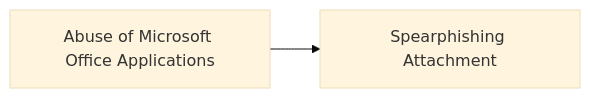
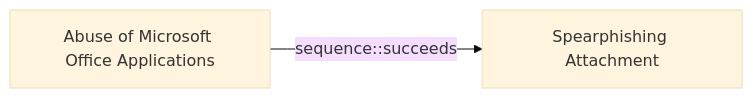
The diagram in docs/threats/abuse-of-microsoft-office-applications.md (opentidehq/library), drawn with Mermaid (base theme) before and after one commit. The commit also changed other lines of this file and 277 other files, not shown here.

````diff
--- a/docs/threats/abuse-of-microsoft-office-applications.md
+++ b/docs/threats/abuse-of-microsoft-office-applications.md
@@ -57,6 +98,6 @@
 ```mermaid
 flowchart LR
 b663b684_a80f_4570_89b6_2f7faa16fece["Abuse of Microsoft Office Applications"]
 dd5d942c_bac4_4000_b9a6_ca4fef6cfb84["Spearphishing Attachment"]
-b663b684_a80f_4570_89b6_2f7faa16fece --> dd5d942c_bac4_4000_b9a6_ca4fef6cfb84
+b663b684_a80f_4570_89b6_2f7faa16fece -->|sequence::succeeds| dd5d942c_bac4_4000_b9a6_ca4fef6cfb84
 ```
````
